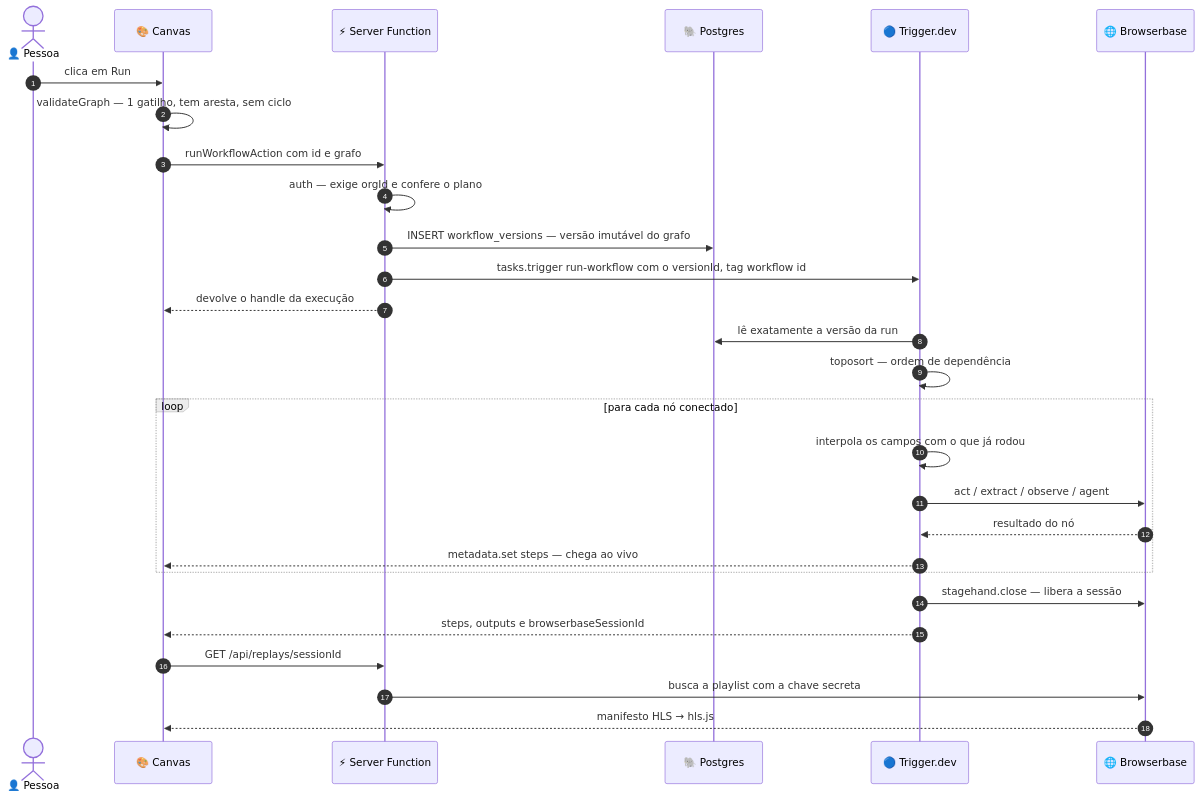
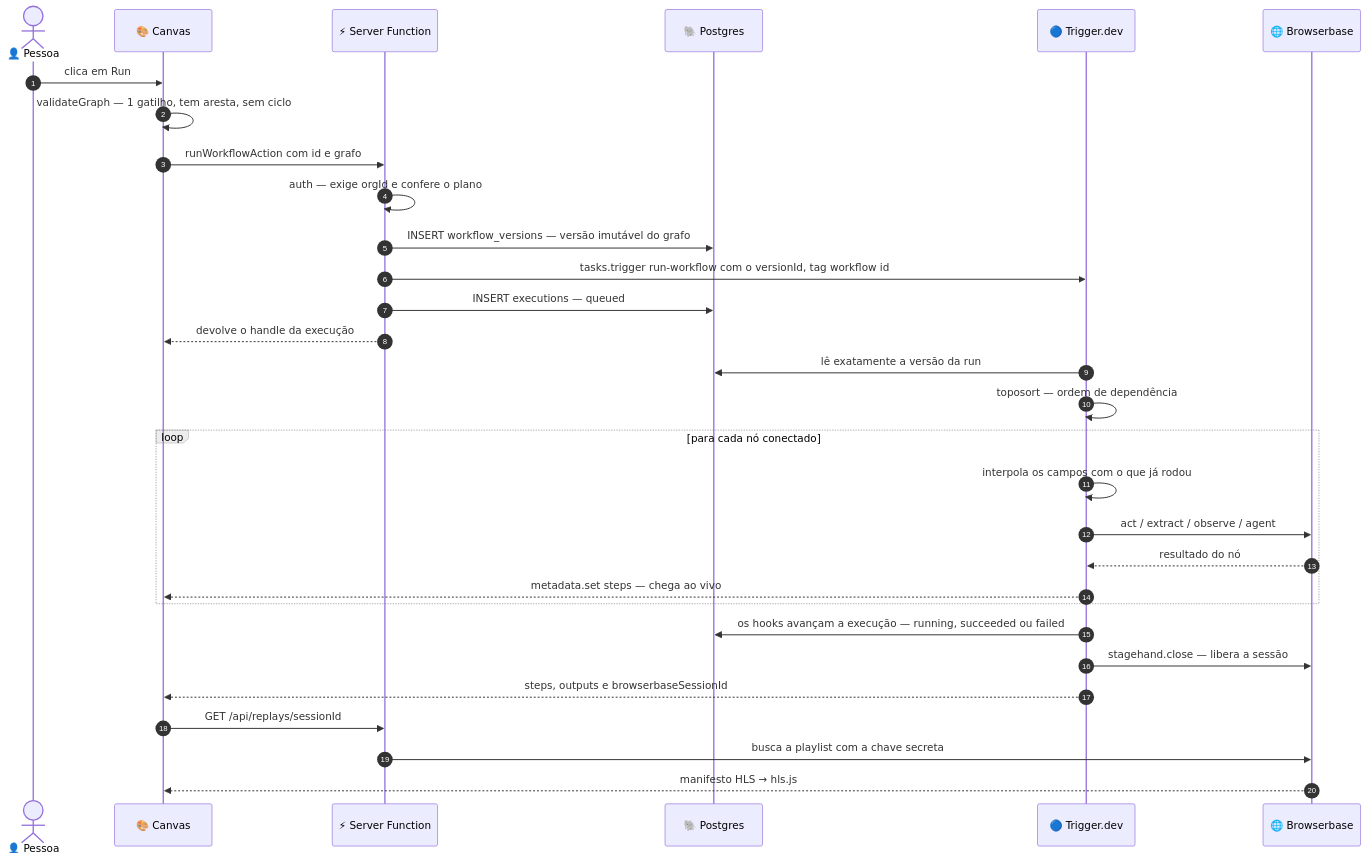
One commit to renatomf/nextjs-switchboard changed the first of 6 diagrams in README.md. Above: the diagram before and after it, drawn with Mermaid. The commit also changed other lines of this file and 2 other files, not shown here.

First line of the commit message:
docs: record the executions table (ADR 0003)

````diff
--- a/README.md
+++ b/README.md
@@ -109,36 +109,38 @@
 ```mermaid
 %%{init: {'themeVariables': {'clusterBkg': 'rgba(127,127,127,0.14)', 'clusterBorder': 'rgba(127,127,127,0.50)', 'noteBkgColor': 'rgba(127,127,127,0.14)', 'noteBorderColor': 'rgba(127,127,127,0.50)', 'labelBoxBkgColor': 'rgba(127,127,127,0.14)', 'labelBoxBorderColor': 'rgba(127,127,127,0.50)'}}}%%
 sequenceDiagram
     autonumber
     actor P as 👤 Pessoa
     participant C as 🎨 Canvas
     participant A as ⚡ Server Function
     participant PG as 🐘 Postgres
     participant T as 🔵 Trigger.dev
     participant B as 🌐 Browserbase
 
     P->>C: clica em Run
     C->>C: validateGraph — 1 gatilho, tem aresta, sem ciclo
     C->>A: runWorkflowAction com id e grafo
     A->>A: auth — exige orgId e confere o plano
     A->>PG: INSERT workflow_versions — versão imutável do grafo
     A->>T: tasks.trigger run-workflow com o versionId, tag workflow id
+    A->>PG: INSERT executions — queued
     A-->>C: devolve o handle da execução
 
     T->>PG: lê exatamente a versão da run
     T->>T: toposort — ordem de dependência
 
     loop para cada nó conectado
         T->>T: interpola os campos com o que já rodou
         T->>B: act / extract / observe / agent
         B-->>T: resultado do nó
         T-->>C: metadata.set steps — chega ao vivo
     end
 
+    T->>PG: os hooks avançam a execução — running, succeeded ou failed
     T->>B: stagehand.close — libera a sessão
     T-->>C: steps, outputs e browserbaseSessionId
 
     C->>A: GET /api/replays/sessionId
     A->>B: busca a playlist com a chave secreta
     B-->>C: manifesto HLS → hls.js
 ```
````
